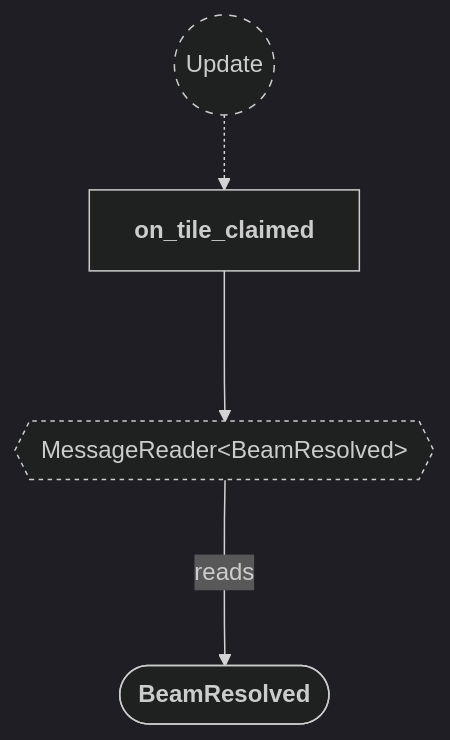
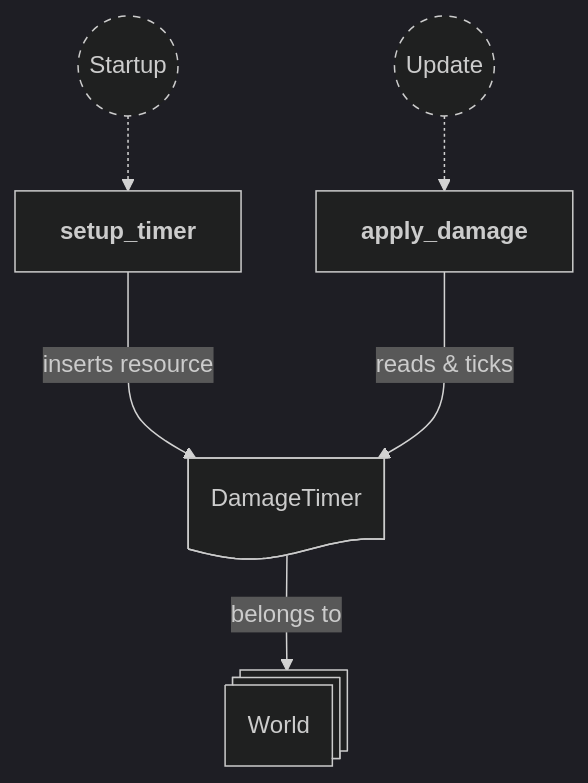
One commit to neurosoup/tyled changed the first of 6 diagrams in backlog/docs/doc-8 - 007-Claim-plugin.md. Above: the diagram before and after it, drawn with Mermaid. The commit also changed other lines of this file and 11 other files, not shown here.

````diff
--- a/backlog/docs/doc-8 - 007-Claim-plugin.md
+++ b/backlog/docs/doc-8 - 007-Claim-plugin.md
@@ -41,22 +52,25 @@
 ```mermaid
 ---
 config:
   theme: dark
 ---
 
 flowchart TD
 classDef system-group stroke-dasharray: 5 5
-classDef reader stroke-dasharray: 3 3
 
+startup(("`Startup`")):::system-group
 update(("`Update`")):::system-group
-on_tile_claimed["`**on_tile_claimed**`"]
+setup_timer["`**setup_timer**`"]
+apply_damage["`**apply_damage**`"]
 
-update -.-> on_tile_claimed
+startup -.-> setup_timer
+update -.-> apply_damage
 
-message_reader{{"MessageReader#60;BeamResolved#62;"}}:::reader
-on_tile_claimed ---> message_reader
+world@{ shape: st-rect, label: "World" }
+damage_timer_res@{ shape: doc, label: "DamageTimer" }
 
-tile_claimed_message(["`**BeamResolved**`"])
+damage_timer_res --> |belongs to| world
 
-message_reader ---> |reads| tile_claimed_message
+setup_timer ---> |inserts resource| damage_timer_res
+apply_damage ---> |reads & ticks| damage_timer_res
 ```
````
